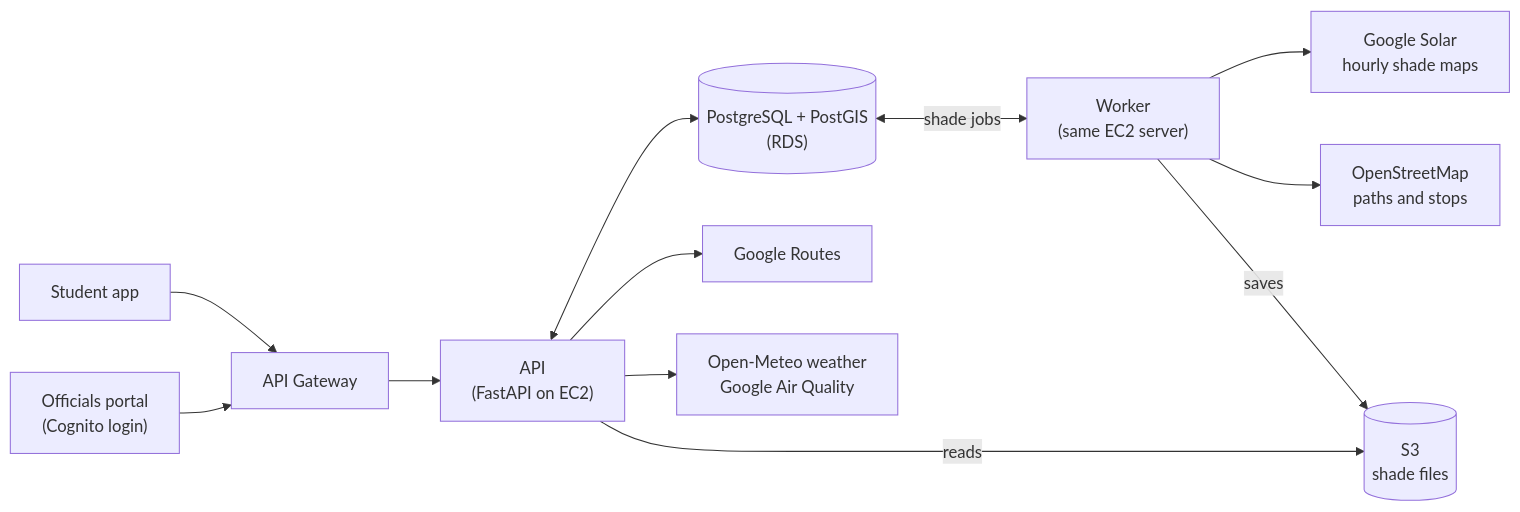
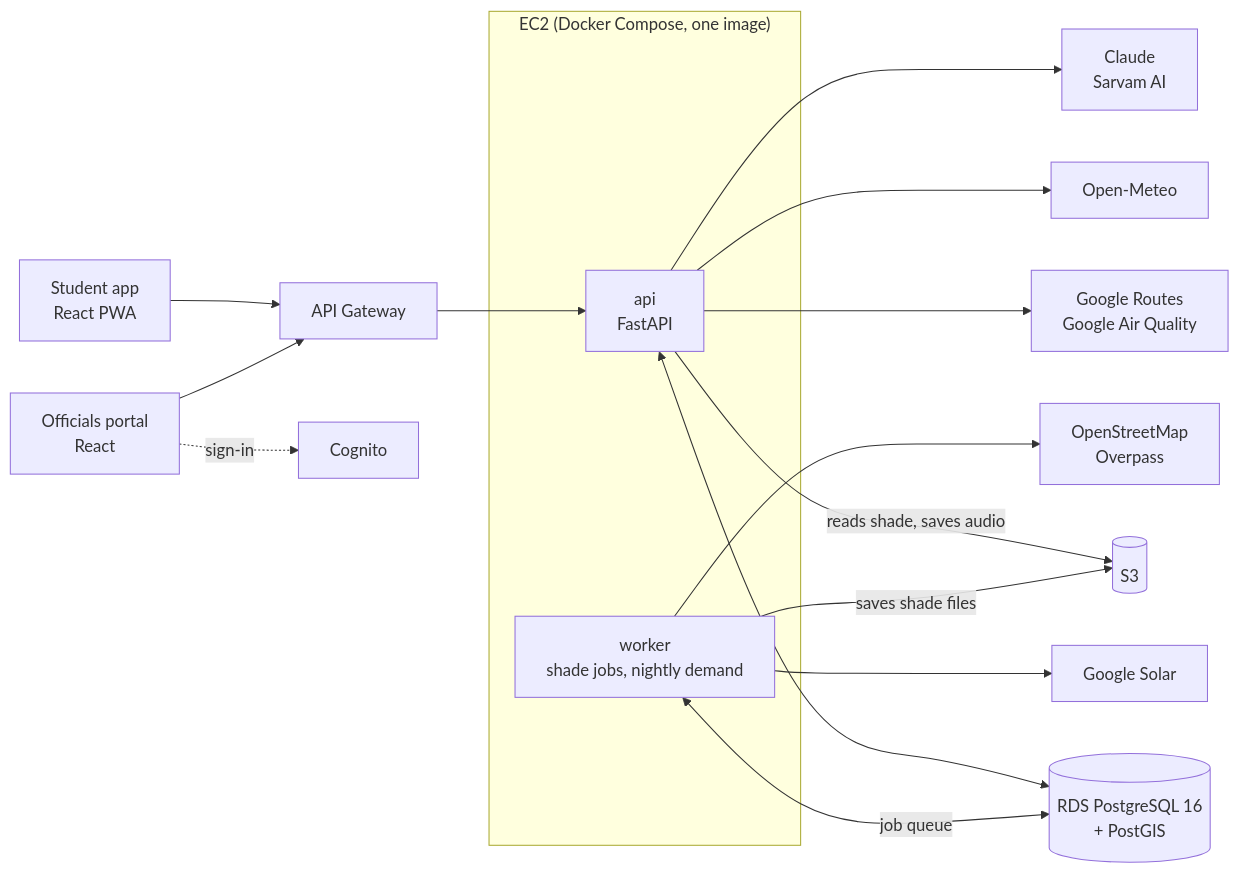
Before and after one commit to suryansh04/sunskip: the diagram in README.md, drawn with Mermaid. The commit also changed other lines of this file, not shown here.

````diff
--- a/README.md
+++ b/README.md
@@ -14,14 +87,20 @@
 ```mermaid
 flowchart LR
-    app["Student app"] --> gateway["API Gateway"]
-    portal["Officials portal<br/>(Cognito login)"] --> gateway
-    gateway --> api["API<br/>(FastAPI on EC2)"]
-    api <--> db[("PostgreSQL + PostGIS<br/>(RDS)")]
-    api --> routes["Google Routes"]
-    api --> weather["Open-Meteo weather<br/>Google Air Quality"]
-    api -->|"reads"| s3[("S3<br/>shade files")]
-    db <-->|"shade jobs"| worker["Worker<br/>(same EC2 server)"]
-    worker --> solar["Google Solar<br/>hourly shade maps"]
-    worker --> osm["OpenStreetMap<br/>paths and stops"]
-    worker -->|"saves"| s3
+    app["Student app<br/>React PWA"] --> gw["API Gateway"]
+    portal["Officials portal<br/>React"] --> gw
+    portal -.->|"sign-in"| cognito["Cognito"]
+    subgraph ec2["EC2 (Docker Compose, one image)"]
+        api["api<br/>FastAPI"]
+        worker["worker<br/>shade jobs, nightly demand"]
+    end
+    gw --> api
+    api <--> db[("RDS PostgreSQL 16<br/>+ PostGIS")]
+    worker <-->|"job queue"| db
+    api -->|"reads shade, saves audio"| s3[("S3")]
+    worker -->|"saves shade files"| s3
+    api --> google["Google Routes<br/>Google Air Quality"]
+    api --> meteo["Open-Meteo"]
+    api --> ai["Claude<br/>Sarvam AI"]
+    worker --> solar["Google Solar"]
+    worker --> osm["OpenStreetMap<br/>Overpass"]
 ```
````
